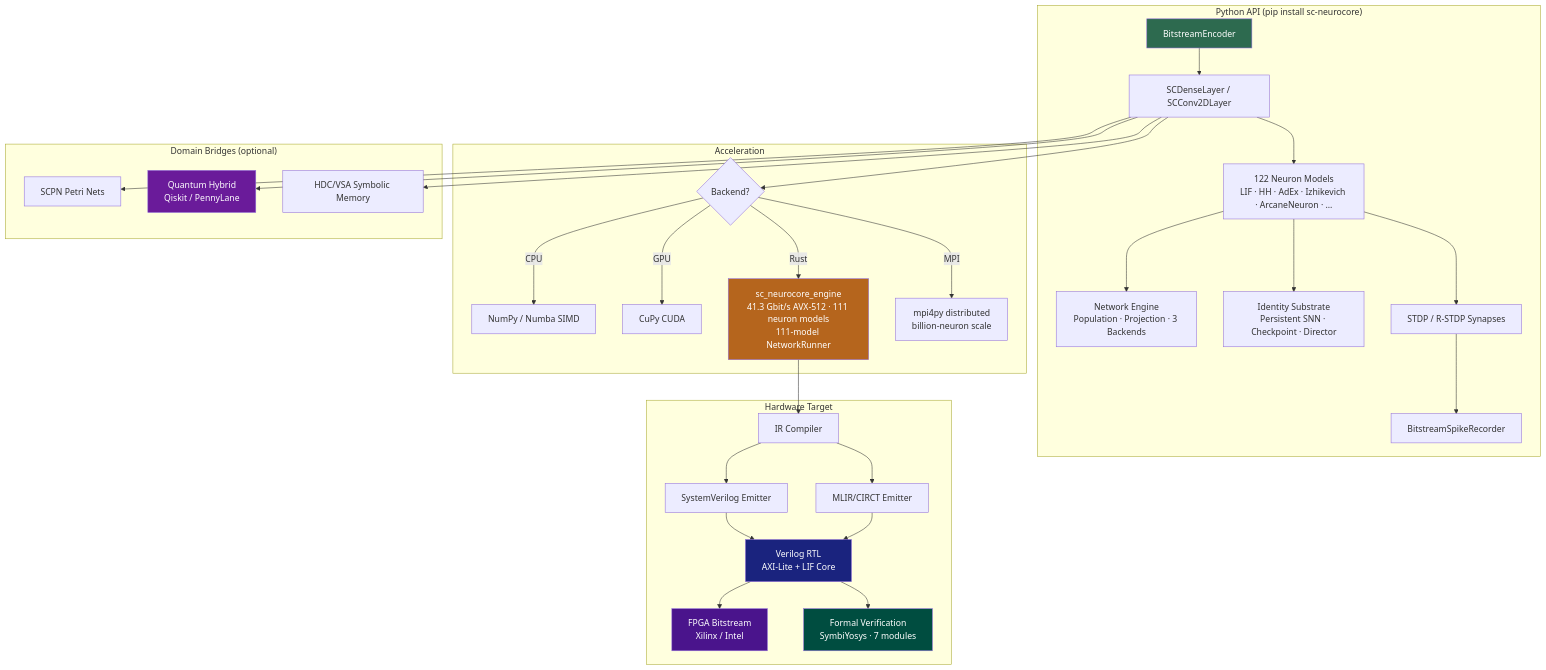
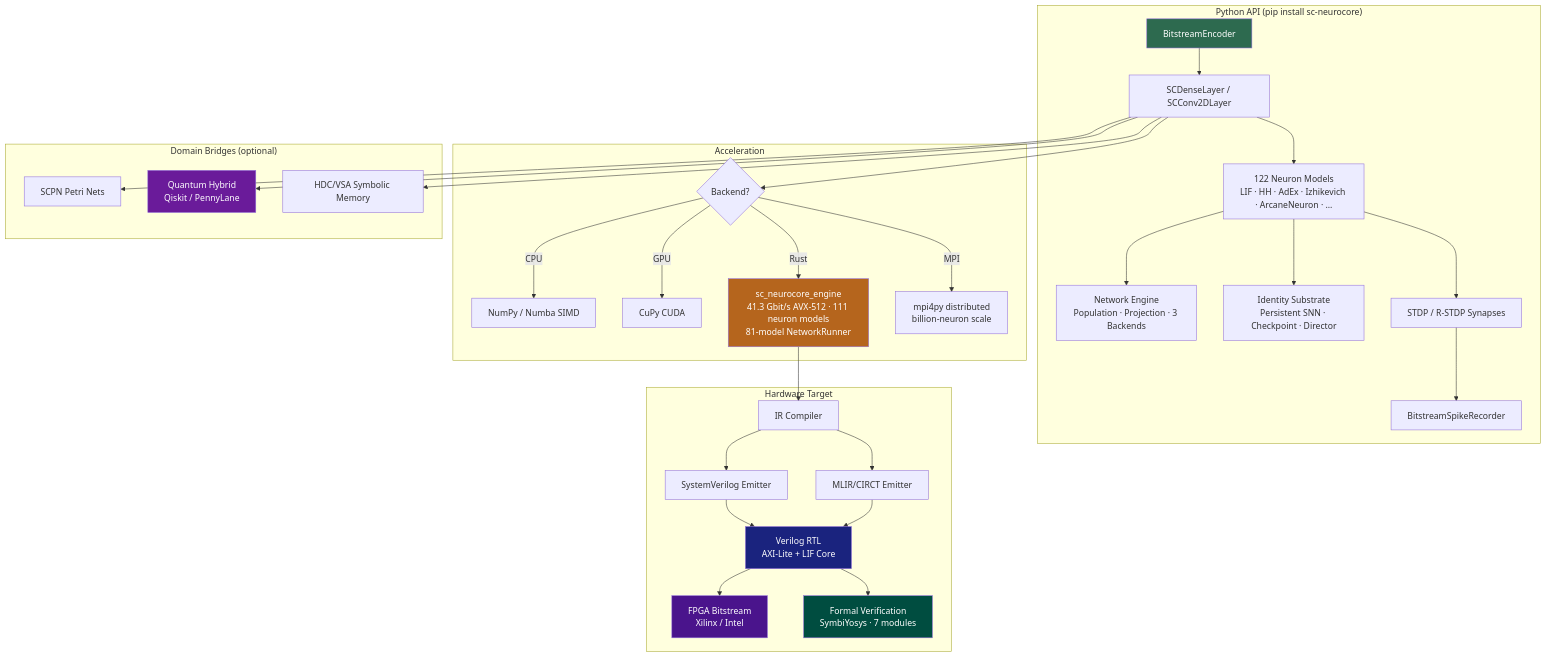
Before and after one commit to anulum/sc-neurocore: the diagram in README.md, drawn with Mermaid. The commit also changed other lines of this file and 11 other files, not shown here.

First line of the commit message:
Fix 11 bugs from Gemini R3 audit + NetworkRunner count 111→81

````diff
--- a/README.md
+++ b/README.md
@@ -250,42 +250,42 @@
 ```mermaid
 graph TD
     subgraph "Python API (pip install sc-neurocore)"
         A[BitstreamEncoder] --> B[SCDenseLayer / SCConv2DLayer]
         B --> C[122 Neuron Models<br/>LIF · HH · AdEx · Izhikevich · ArcaneNeuron · ...]
         C --> NET[Network Engine<br/>Population · Projection · 3 Backends]
         C --> ID[Identity Substrate<br/>Persistent SNN · Checkpoint · Director]
         C --> D[STDP / R-STDP Synapses]
         D --> E[BitstreamSpikeRecorder]
     end
 
     subgraph "Acceleration"
         B --> F{Backend?}
         F -->|CPU| G[NumPy / Numba SIMD]
         F -->|GPU| H[CuPy CUDA]
-        F -->|Rust| I[sc_neurocore_engine<br/>41.3 Gbit/s AVX-512 · 111 neuron models<br/>111-model NetworkRunner]
+        F -->|Rust| I[sc_neurocore_engine<br/>41.3 Gbit/s AVX-512 · 111 neuron models<br/>81-model NetworkRunner]
         F -->|MPI| MPI[mpi4py distributed<br/>billion-neuron scale]
     end
 
     subgraph "Hardware Target"
         I --> J[IR Compiler]
         J --> K[SystemVerilog Emitter]
         J --> K2[MLIR/CIRCT Emitter]
         K --> L[Verilog RTL<br/>AXI-Lite + LIF Core]
         K2 --> L
         L --> M[FPGA Bitstream<br/>Xilinx / Intel]
         L --> V[Formal Verification<br/>SymbiYosys · 7 modules]
     end
 
     subgraph "Domain Bridges (optional)"
         B --> N[SCPN Petri Nets]
         B --> O[Quantum Hybrid<br/>Qiskit / PennyLane]
         B --> P[HDC/VSA Symbolic Memory]
     end
 
     style A fill:#2d6a4f,color:#fff
     style I fill:#b5651d,color:#fff
     style L fill:#1a237e,color:#fff
     style M fill:#4a148c,color:#fff
     style O fill:#6a1b9a,color:#fff
     style V fill:#004d40,color:#fff
 ```
````
